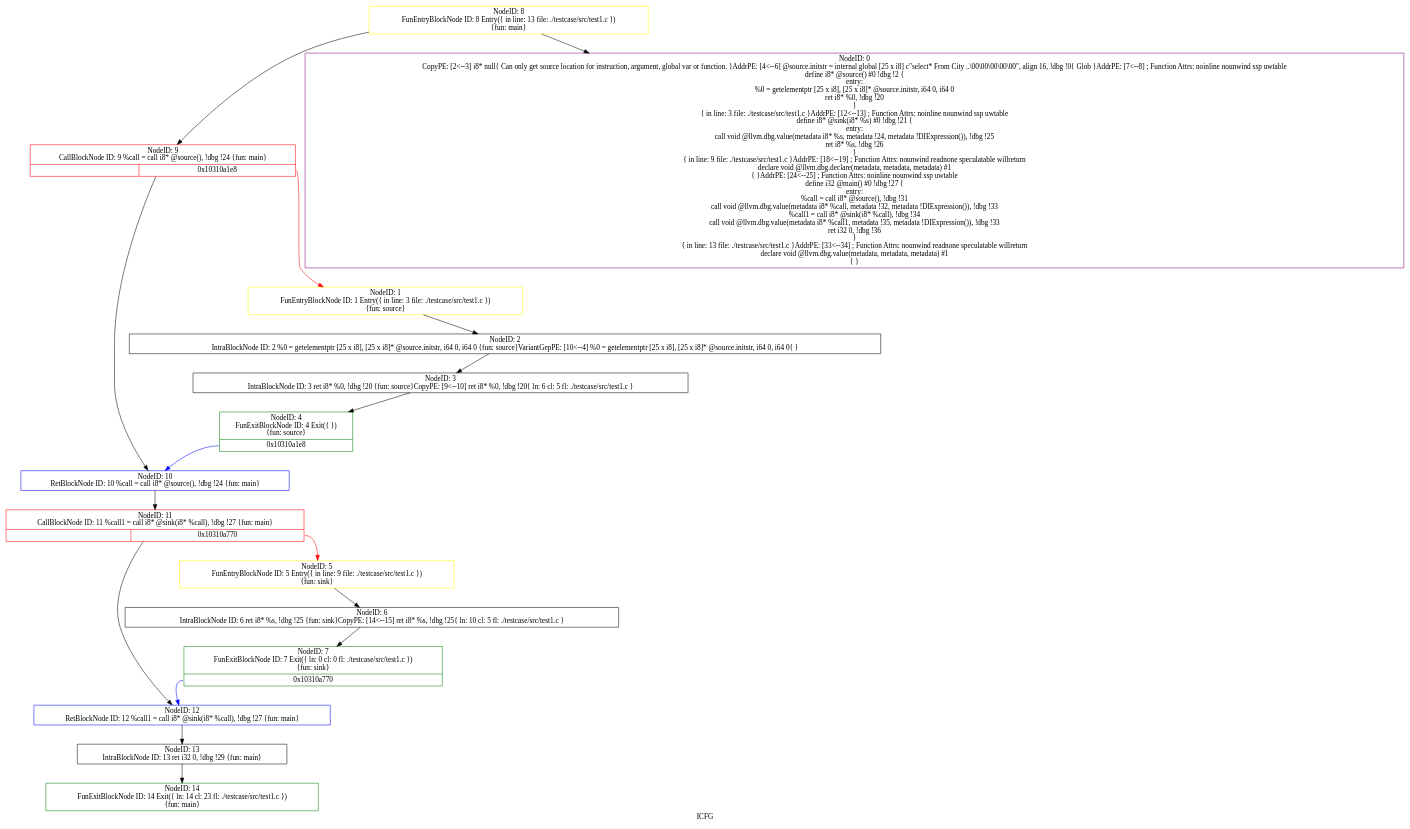
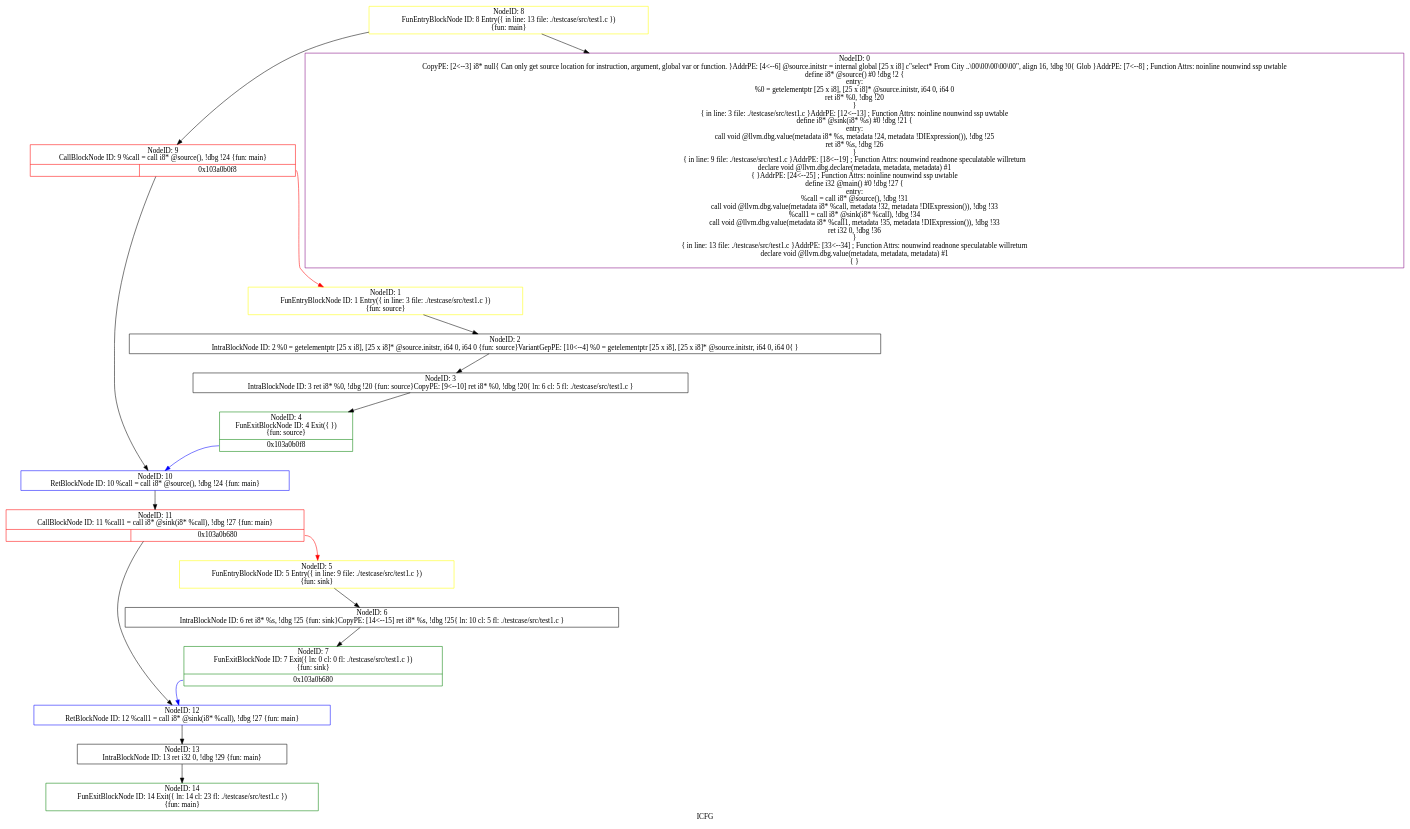
One commit to guanqin-123/SVF-example changed the diagram in testcase/bc/test1.c.ll.icfg.dot. Above: the diagram before and after it, drawn with Graphviz. The commit also changed 59 other files, not shown here.

```diff
--- a/testcase/bc/test1.c.ll.icfg.dot
+++ b/testcase/bc/test1.c.ll.icfg.dot
@@ -1,35 +1,35 @@
 digraph "ICFG" {
 	label="ICFG";
 
-	Node0x103115760 [shape=record,color=green,label="{NodeID: 14\nFunExitBlockNode ID: 14 Exit(\{ ln: 14  cl: 23  fl: ./testcase/src/test1.c \})\n \{fun: main\}}"];
-	Node0x103115580 [shape=record,color=black,label="{NodeID: 13\nIntraBlockNode ID: 13   ret i32 0, !dbg !29 \{fun: main\}}"];
-	Node0x103115580 -> Node0x103115760[style=solid];
-	Node0x1031152d0 [shape=record,color=blue,label="{NodeID: 12\nRetBlockNode ID: 12   %call1 = call i8* @sink(i8* %call), !dbg !27 \{fun: main\}}"];
-	Node0x1031152d0 -> Node0x103115580[style=solid];
-	Node0x103115090 [shape=record,color=red,label="{NodeID: 11\nCallBlockNode ID: 11   %call1 = call i8* @sink(i8* %call), !dbg !27 \{fun: main\}|{|<s1>0x10310a770}}"];
-	Node0x103115090 -> Node0x1031152d0[style=solid];
-	Node0x103115090:s1 -> Node0x103114950[style=solid,color=red];
-	Node0x103114ed0 [shape=record,color=blue,label="{NodeID: 10\nRetBlockNode ID: 10   %call = call i8* @source(), !dbg !24 \{fun: main\}}"];
-	Node0x103114ed0 -> Node0x103115090[style=solid];
-	Node0x103114d90 [shape=record,color=red,label="{NodeID: 9\nCallBlockNode ID: 9   %call = call i8* @source(), !dbg !24 \{fun: main\}|{|<s1>0x10310a1e8}}"];
-	Node0x103114d90 -> Node0x103114ed0[style=solid];
-	Node0x103114d90:s1 -> Node0x103114550[style=solid,color=red];
-	Node0x103114cc0 [shape=record,color=yellow,label="{NodeID: 8\nFunEntryBlockNode ID: 8 Entry(\{ in line: 13 file: ./testcase/src/test1.c \})\n \{fun: main\}}"];
-	Node0x103114cc0 -> Node0x1031144d0[style=solid];
-	Node0x103114cc0 -> Node0x103114d90[style=solid];
-	Node0x103114b70 [shape=record,color=green,label="{NodeID: 7\nFunExitBlockNode ID: 7 Exit(\{ ln: 0  cl: 0  fl: ./testcase/src/test1.c \})\n \{fun: sink\}|{<s0>0x10310a770}}"];
-	Node0x103114b70:s0 -> Node0x1031152d0[style=solid,color=blue];
-	Node0x103114a50 [shape=record,color=black,label="{NodeID: 6\nIntraBlockNode ID: 6   ret i8* %s, !dbg !25 \{fun: sink\}CopyPE: [14\<--15]    ret i8* %s, !dbg !25\{ ln: 10  cl: 5  fl: ./testcase/src/test1.c \}}"];
-	Node0x103114a50 -> Node0x103114b70[style=solid];
-	Node0x103114950 [shape=record,color=yellow,label="{NodeID: 5\nFunEntryBlockNode ID: 5 Entry(\{ in line: 9 file: ./testcase/src/test1.c \})\n \{fun: sink\}}"];
-	Node0x103114950 -> Node0x103114a50[style=solid];
-	Node0x103114830 [shape=record,color=green,label="{NodeID: 4\nFunExitBlockNode ID: 4 Exit(\{  \})\n \{fun: source\}|{<s0>0x10310a1e8}}"];
-	Node0x103114830:s0 -> Node0x103114ed0[style=solid,color=blue];
-	Node0x103114710 [shape=record,color=black,label="{NodeID: 3\nIntraBlockNode ID: 3   ret i8* %0, !dbg !20 \{fun: source\}CopyPE: [9\<--10]    ret i8* %0, !dbg !20\{ ln: 6  cl: 5  fl: ./testcase/src/test1.c \}}"];
-	Node0x103114710 -> Node0x103114830[style=solid];
-	Node0x1031145f0 [shape=record,color=black,label="{NodeID: 2\nIntraBlockNode ID: 2   %0 = getelementptr [25 x i8], [25 x i8]* @source.initstr, i64 0, i64 0 \{fun: source\}VariantGepPE: [10\<--4]    %0 = getelementptr [25 x i8], [25 x i8]* @source.initstr, i64 0, i64 0\{  \}}"];
-	Node0x1031145f0 -> Node0x103114710[style=solid];
-	Node0x103114550 [shape=record,color=yellow,label="{NodeID: 1\nFunEntryBlockNode ID: 1 Entry(\{ in line: 3 file: ./testcase/src/test1.c \})\n \{fun: source\}}"];
-	Node0x103114550 -> Node0x1031145f0[style=solid];
-	Node0x1031144d0 [shape=record,color=purple,label="{NodeID: 0\nCopyPE: [2\<--3]  i8* null\{ Can only get source location for instruction, argument, global var or function. \}AddrPE: [4\<--6]  @source.initstr = internal global [25 x i8] c\"select* From City ..\\00\\00\\00\\00\\00\", align 16, !dbg !0\{ Glob  \}AddrPE: [7\<--8]  ; Function Attrs: noinline nounwind ssp uwtable\ndefine i8* @source() #0 !dbg !2 \{\nentry:\n  %0 = getelementptr [25 x i8], [25 x i8]* @source.initstr, i64 0, i64 0\n  ret i8* %0, !dbg !20\n\}\n\{ in line: 3 file: ./testcase/src/test1.c \}AddrPE: [12\<--13]  ; Function Attrs: noinline nounwind ssp uwtable\ndefine i8* @sink(i8* %s) #0 !dbg !21 \{\nentry:\n  call void @llvm.dbg.value(metadata i8* %s, metadata !24, metadata !DIExpression()), !dbg !25\n  ret i8* %s, !dbg !26\n\}\n\{ in line: 9 file: ./testcase/src/test1.c \}AddrPE: [18\<--19]  ; Function Attrs: nounwind readnone speculatable willreturn\ndeclare void @llvm.dbg.declare(metadata, metadata, metadata) #1\n\{  \}AddrPE: [24\<--25]  ; Function Attrs: noinline nounwind ssp uwtable\ndefine i32 @main() #0 !dbg !27 \{\nentry:\n  %call = call i8* @source(), !dbg !31\n  call void @llvm.dbg.value(metadata i8* %call, metadata !32, metadata !DIExpression()), !dbg !33\n  %call1 = call i8* @sink(i8* %call), !dbg !34\n  call void @llvm.dbg.value(metadata i8* %call1, metadata !35, metadata !DIExpression()), !dbg !33\n  ret i32 0, !dbg !36\n\}\n\{ in line: 13 file: ./testcase/src/test1.c \}AddrPE: [33\<--34]  ; Function Attrs: nounwind readnone speculatable willreturn\ndeclare void @llvm.dbg.value(metadata, metadata, metadata) #1\n\{  \}}"];
+	Node0x103a16670 [shape=record,color=green,label="{NodeID: 14\nFunExitBlockNode ID: 14 Exit(\{ ln: 14  cl: 23  fl: ./testcase/src/test1.c \})\n \{fun: main\}}"];
+	Node0x103a16490 [shape=record,color=black,label="{NodeID: 13\nIntraBlockNode ID: 13   ret i32 0, !dbg !29 \{fun: main\}}"];
+	Node0x103a16490 -> Node0x103a16670[style=solid];
+	Node0x103a161e0 [shape=record,color=blue,label="{NodeID: 12\nRetBlockNode ID: 12   %call1 = call i8* @sink(i8* %call), !dbg !27 \{fun: main\}}"];
+	Node0x103a161e0 -> Node0x103a16490[style=solid];
+	Node0x103a15fa0 [shape=record,color=red,label="{NodeID: 11\nCallBlockNode ID: 11   %call1 = call i8* @sink(i8* %call), !dbg !27 \{fun: main\}|{|<s1>0x103a0b680}}"];
+	Node0x103a15fa0 -> Node0x103a161e0[style=solid];
+	Node0x103a15fa0:s1 -> Node0x103a15860[style=solid,color=red];
+	Node0x103a15de0 [shape=record,color=blue,label="{NodeID: 10\nRetBlockNode ID: 10   %call = call i8* @source(), !dbg !24 \{fun: main\}}"];
+	Node0x103a15de0 -> Node0x103a15fa0[style=solid];
+	Node0x103a15ca0 [shape=record,color=red,label="{NodeID: 9\nCallBlockNode ID: 9   %call = call i8* @source(), !dbg !24 \{fun: main\}|{|<s1>0x103a0b0f8}}"];
+	Node0x103a15ca0 -> Node0x103a15de0[style=solid];
+	Node0x103a15ca0:s1 -> Node0x103a15460[style=solid,color=red];
+	Node0x103a15bd0 [shape=record,color=yellow,label="{NodeID: 8\nFunEntryBlockNode ID: 8 Entry(\{ in line: 13 file: ./testcase/src/test1.c \})\n \{fun: main\}}"];
+	Node0x103a15bd0 -> Node0x103a153e0[style=solid];
+	Node0x103a15bd0 -> Node0x103a15ca0[style=solid];
+	Node0x103a15a80 [shape=record,color=green,label="{NodeID: 7\nFunExitBlockNode ID: 7 Exit(\{ ln: 0  cl: 0  fl: ./testcase/src/test1.c \})\n \{fun: sink\}|{<s0>0x103a0b680}}"];
+	Node0x103a15a80:s0 -> Node0x103a161e0[style=solid,color=blue];
+	Node0x103a15960 [shape=record,color=black,label="{NodeID: 6\nIntraBlockNode ID: 6   ret i8* %s, !dbg !25 \{fun: sink\}CopyPE: [14\<--15]    ret i8* %s, !dbg !25\{ ln: 10  cl: 5  fl: ./testcase/src/test1.c \}}"];
+	Node0x103a15960 -> Node0x103a15a80[style=solid];
+	Node0x103a15860 [shape=record,color=yellow,label="{NodeID: 5\nFunEntryBlockNode ID: 5 Entry(\{ in line: 9 file: ./testcase/src/test1.c \})\n \{fun: sink\}}"];
+	Node0x103a15860 -> Node0x103a15960[style=solid];
+	Node0x103a15740 [shape=record,color=green,label="{NodeID: 4\nFunExitBlockNode ID: 4 Exit(\{  \})\n \{fun: source\}|{<s0>0x103a0b0f8}}"];
+	Node0x103a15740:s0 -> Node0x103a15de0[style=solid,color=blue];
+	Node0x103a15620 [shape=record,color=black,label="{NodeID: 3\nIntraBlockNode ID: 3   ret i8* %0, !dbg !20 \{fun: source\}CopyPE: [9\<--10]    ret i8* %0, !dbg !20\{ ln: 6  cl: 5  fl: ./testcase/src/test1.c \}}"];
+	Node0x103a15620 -> Node0x103a15740[style=solid];
+	Node0x103a15500 [shape=record,color=black,label="{NodeID: 2\nIntraBlockNode ID: 2   %0 = getelementptr [25 x i8], [25 x i8]* @source.initstr, i64 0, i64 0 \{fun: source\}VariantGepPE: [10\<--4]    %0 = getelementptr [25 x i8], [25 x i8]* @source.initstr, i64 0, i64 0\{  \}}"];
+	Node0x103a15500 -> Node0x103a15620[style=solid];
+	Node0x103a15460 [shape=record,color=yellow,label="{NodeID: 1\nFunEntryBlockNode ID: 1 Entry(\{ in line: 3 file: ./testcase/src/test1.c \})\n \{fun: source\}}"];
+	Node0x103a15460 -> Node0x103a15500[style=solid];
+	Node0x103a153e0 [shape=record,color=purple,label="{NodeID: 0\nCopyPE: [2\<--3]  i8* null\{ Can only get source location for instruction, argument, global var or function. \}AddrPE: [4\<--6]  @source.initstr = internal global [25 x i8] c\"select* From City ..\\00\\00\\00\\00\\00\", align 16, !dbg !0\{ Glob  \}AddrPE: [7\<--8]  ; Function Attrs: noinline nounwind ssp uwtable\ndefine i8* @source() #0 !dbg !2 \{\nentry:\n  %0 = getelementptr [25 x i8], [25 x i8]* @source.initstr, i64 0, i64 0\n  ret i8* %0, !dbg !20\n\}\n\{ in line: 3 file: ./testcase/src/test1.c \}AddrPE: [12\<--13]  ; Function Attrs: noinline nounwind ssp uwtable\ndefine i8* @sink(i8* %s) #0 !dbg !21 \{\nentry:\n  call void @llvm.dbg.value(metadata i8* %s, metadata !24, metadata !DIExpression()), !dbg !25\n  ret i8* %s, !dbg !26\n\}\n\{ in line: 9 file: ./testcase/src/test1.c \}AddrPE: [18\<--19]  ; Function Attrs: nounwind readnone speculatable willreturn\ndeclare void @llvm.dbg.declare(metadata, metadata, metadata) #1\n\{  \}AddrPE: [24\<--25]  ; Function Attrs: noinline nounwind ssp uwtable\ndefine i32 @main() #0 !dbg !27 \{\nentry:\n  %call = call i8* @source(), !dbg !31\n  call void @llvm.dbg.value(metadata i8* %call, metadata !32, metadata !DIExpression()), !dbg !33\n  %call1 = call i8* @sink(i8* %call), !dbg !34\n  call void @llvm.dbg.value(metadata i8* %call1, metadata !35, metadata !DIExpression()), !dbg !33\n  ret i32 0, !dbg !36\n\}\n\{ in line: 13 file: ./testcase/src/test1.c \}AddrPE: [33\<--34]  ; Function Attrs: nounwind readnone speculatable willreturn\ndeclare void @llvm.dbg.value(metadata, metadata, metadata) #1\n\{  \}}"];
 }
```
